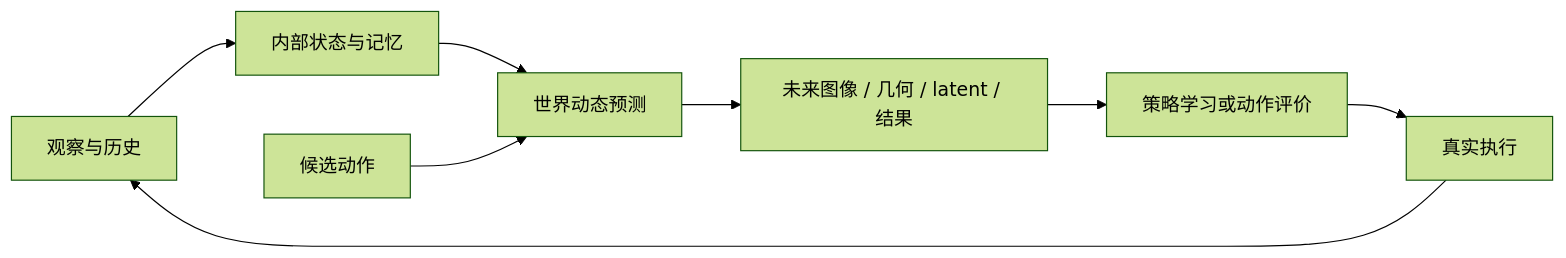
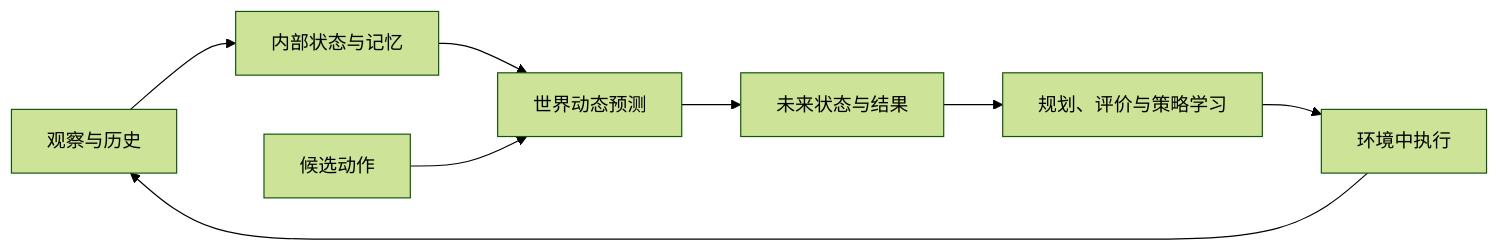
Before and after one commit to ZJU-OmniAI/Awesome-World-Model: the first of 2 diagrams in README_cn.md, drawn with Mermaid (forest theme). The commit also changed other lines of this file and 1 other file, not shown here.

````diff
--- a/README_cn.md
+++ b/README_cn.md
@@ -52,10 +40,10 @@
 ```mermaid
 flowchart LR
-    O[观察与历史] --> S[内部状态与记忆]
-    S --> W[世界动态预测]
-    A[候选动作] --> W
-    W --> F[未来图像 / 几何 / latent / 结果]
-    F --> P[策略学习或动作评价]
-    P --> E[真实执行]
+    O["观察与历史"] --> S["内部状态与记忆"]
+    S --> W["世界动态预测"]
+    A["候选动作"] --> W
+    W --> F["未来状态与结果"]
+    F --> P["规划、评价与策略学习"]
+    P --> E["环境中执行"]
     E --> O
 ```
````
